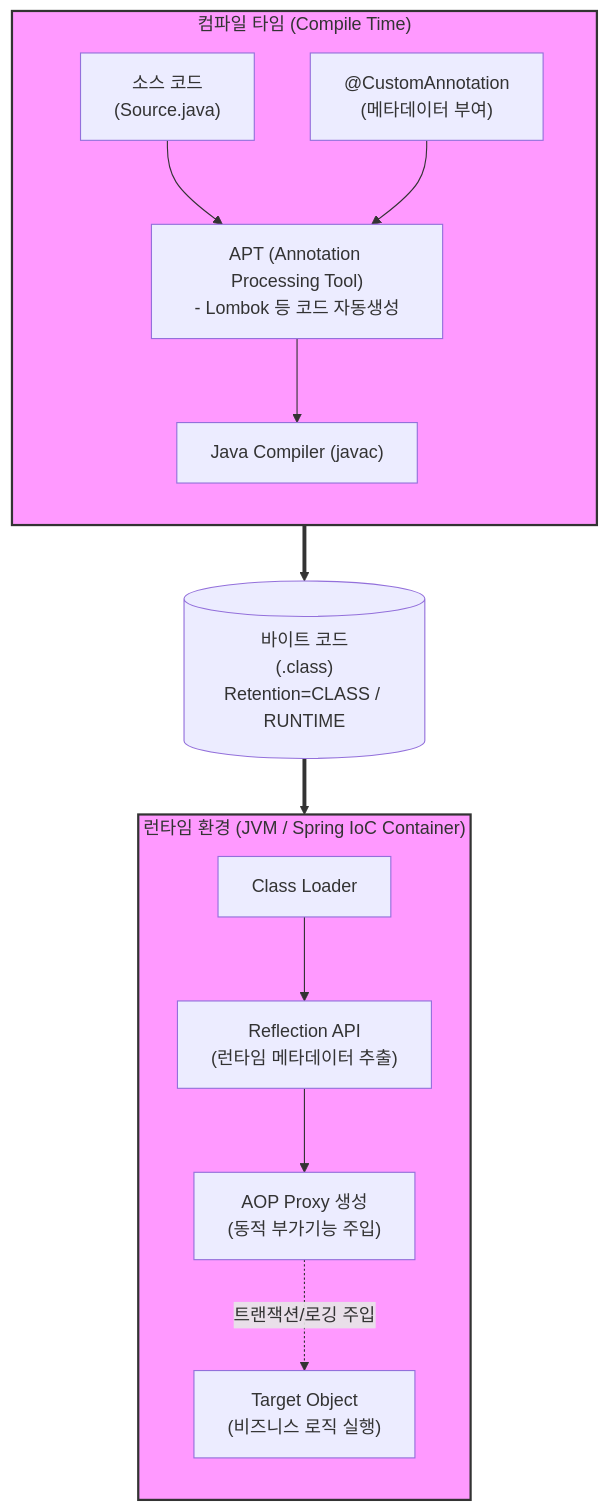
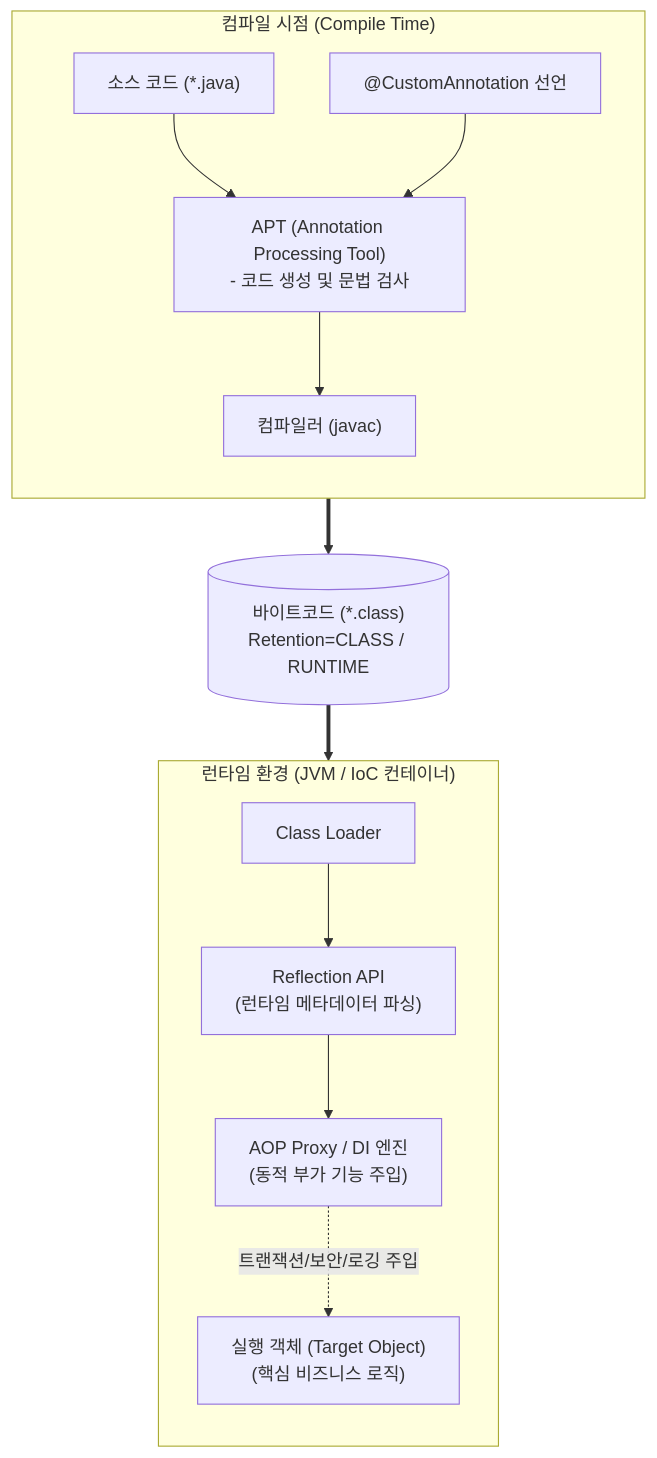
The diagram in content/01_IT Tech/Annotation.md (supremethumb/supremethumb.github.io), drawn with Mermaid before and after one commit. The commit also changed other lines of this file and 362 other files, not shown here.

````diff
--- a/content/01_IT Tech/Annotation.md
+++ b/content/01_IT Tech/Annotation.md
@@ -27,33 +31,29 @@
 ```mermaid
 flowchart TB
-    subgraph CompileTime["컴파일 타임 (Compile Time)"]
+    subgraph CompileTime["컴파일 시점 (Compile Time)"]
         direction TB
-        Source["소스 코드<br/>(Source.java)"]
-        Annotation["@CustomAnnotation<br/>(메타데이터 부여)"]
-        APT["APT (Annotation Processing Tool)<br/>- Lombok 등 코드 자동생성"]
-        Compiler["Java Compiler (javac)"]
+        Source["소스 코드 (*.java)"]
+        Annotation["@CustomAnnotation 선언"]
+        APT["APT (Annotation Processing Tool)<br/>- 코드 생성 및 문법 검사"]
+        Compiler["컴파일러 (javac)"]
         
         Source & Annotation --> APT --> Compiler
     end
 
-    Bytecode[("바이트 코드<br/>(.class)<br/>Retention=CLASS / RUNTIME")]
+    Bytecode[("바이트코드 (*.class)<br/>Retention=CLASS / RUNTIME")]
 
-    subgraph RunTime["런타임 환경 (JVM / Spring IoC Container)"]
+    subgraph RunTime["런타임 환경 (JVM / IoC 컨테이너)"]
         direction TB
         ClassLoader["Class Loader"]
-        Reflection["Reflection API<br/>(런타임 메타데이터 추출)"]
-        AOP["AOP Proxy 생성<br/>(동적 부가기능 주입)"]
-        TargetObject["Target Object<br/>(비즈니스 로직 실행)"]
+        Reflection["Reflection API<br/>(런타임 메타데이터 파싱)"]
+        AOP["AOP Proxy / DI 엔진<br/>(동적 부가 기능 주입)"]
+        TargetObject["실행 객체 (Target Object)<br/>(핵심 비즈니스 로직)"]
         
         ClassLoader --> Reflection
         Reflection --> AOP
-        AOP -. "트랜잭션/로깅 주입" .-> TargetObject
+        AOP -. "트랜잭션/보안/로깅 주입" .-> TargetObject
     end
 
     Compiler ==> Bytecode
     Bytecode ==> RunTime
-    
-    classDef highlight fill:#f9f,stroke:#333,stroke-width:2px;
-    class CompileTime,RunTime highlight;
-
 ```
````
